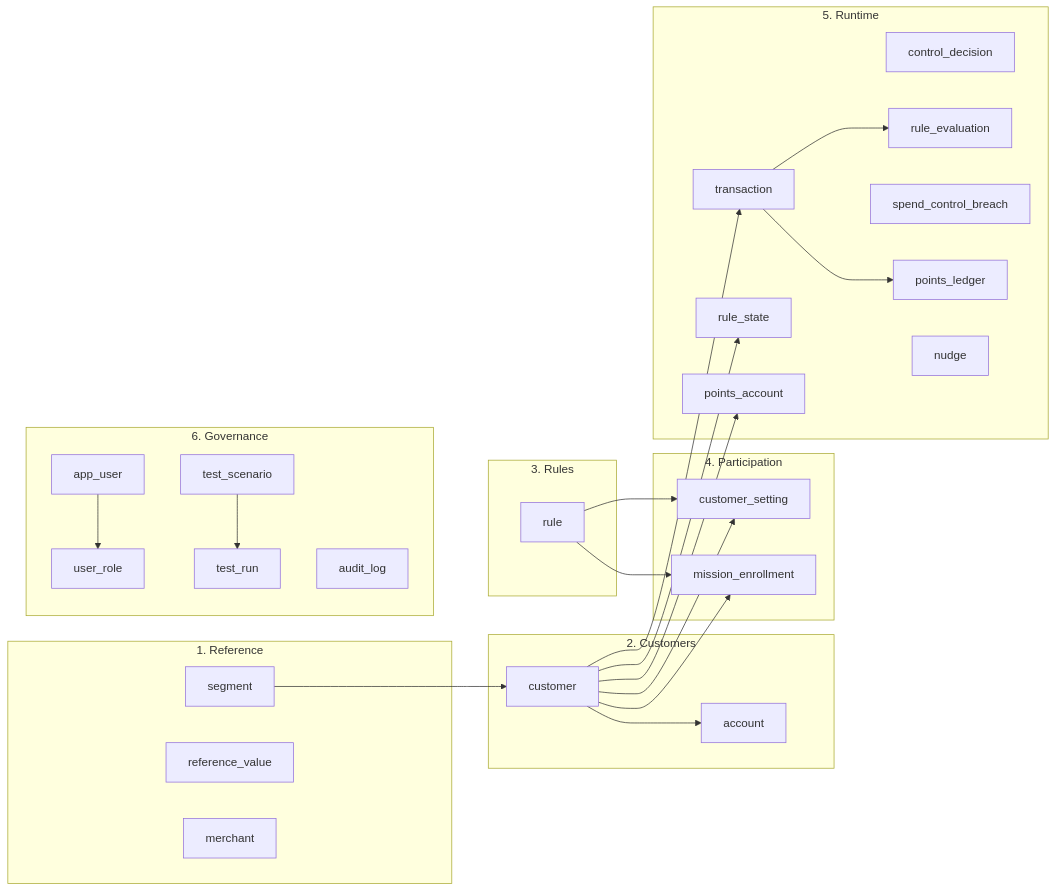
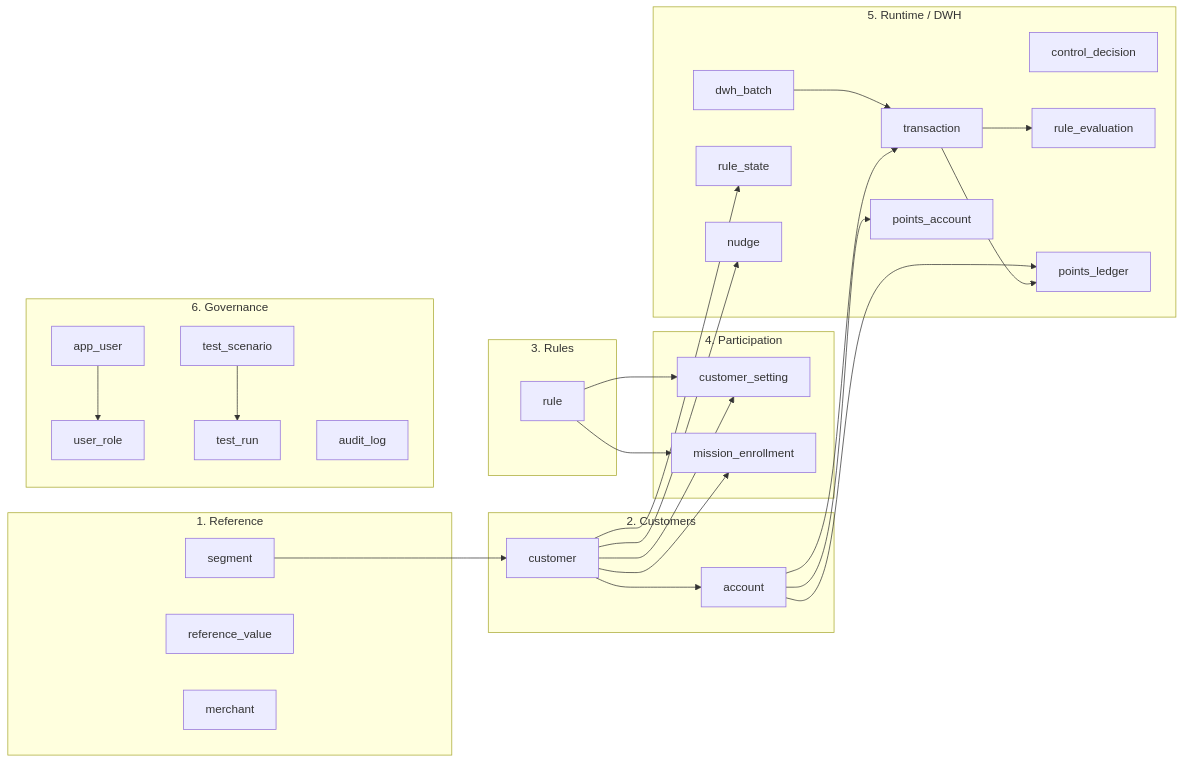
Before and after one commit to skumar2011/mxp-platform: the first of 3 diagrams in docs/erd.md, drawn with Mermaid. The commit also changed other lines of this file and 20 other files, not shown here.

First line of the commit message:
Move to account-centric schema v5 with DWH sync and geo/product targeting.

````diff
--- a/docs/erd.md
+++ b/docs/erd.md
@@ -7,50 +7,53 @@
 ```mermaid
 flowchart LR
   subgraph REF["1. Reference"]
     segment
     reference_value
     merchant
   end
   subgraph CUST["2. Customers"]
     customer
     account
   end
   subgraph RULES["3. Rules"]
     rule
   end
   subgraph PART["4. Participation"]
     customer_setting
     mission_enrollment
   end
-  subgraph RUN["5. Runtime"]
+  subgraph RUN["5. Runtime / DWH"]
+    dwh_batch
     txn["transaction"]
     rule_state
     control_decision
     rule_evaluation
-    spend_control_breach
     points_ledger
     points_account
     nudge
   end
   subgraph GOV["6. Governance"]
     test_scenario
     test_run
     app_user
     user_role
     audit_log
   end
 
   segment --> customer
   customer --> account
   customer --> customer_setting
   customer --> mission_enrollment
   rule --> customer_setting
   rule --> mission_enrollment
-  customer --> txn
+  dwh_batch --> txn
+  account --> txn
+  account --> points_account
+  account --> points_ledger
   txn --> rule_evaluation
   txn --> points_ledger
   customer --> rule_state
-  customer --> points_account
+  customer --> nudge
   app_user --> user_role
   test_scenario --> test_run
 ```
````
